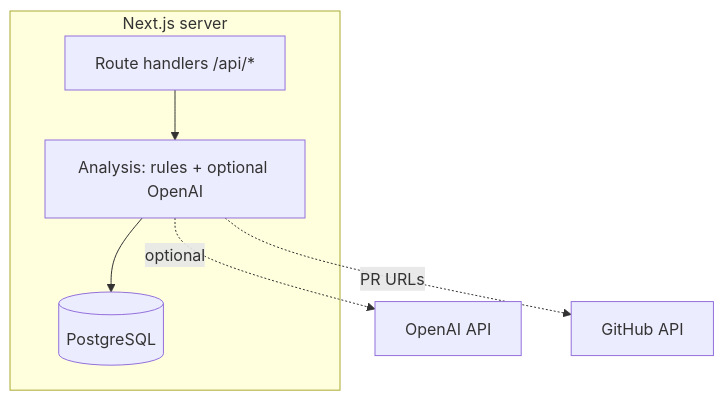
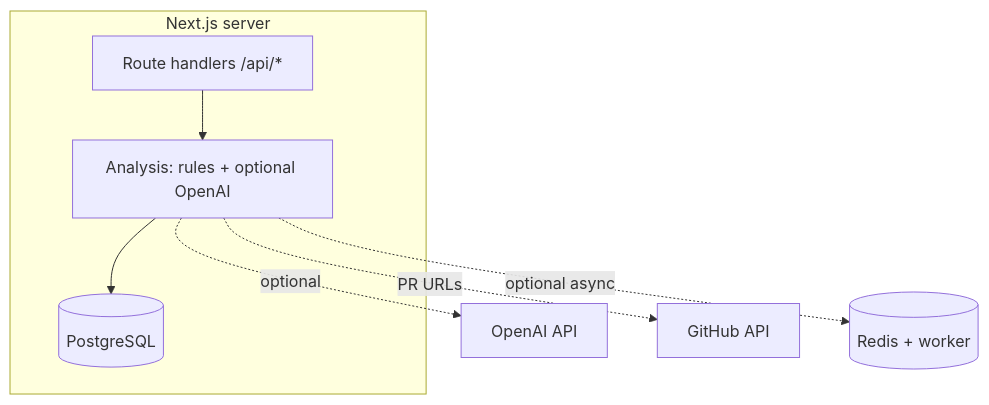
Before and after one commit to nehaaprasad/codetrust: the first of 3 diagrams in README.md, drawn with Mermaid. The commit also changed other lines of this file and 38 other files, not shown here.

````diff
--- a/README.md
+++ b/README.md
@@ -11,12 +11,13 @@
 ```mermaid
 flowchart TB
   subgraph api [Next.js server]
     R[Route handlers /api/*]
     L[Analysis: rules + optional OpenAI]
     D[(PostgreSQL)]
   end
   R --> L
   L --> D
   L -.->|optional| O[OpenAI API]
   L -.->|PR URLs| G[GitHub API]
+  L -.->|optional async| Q[(Redis + worker)]
 ```
````
